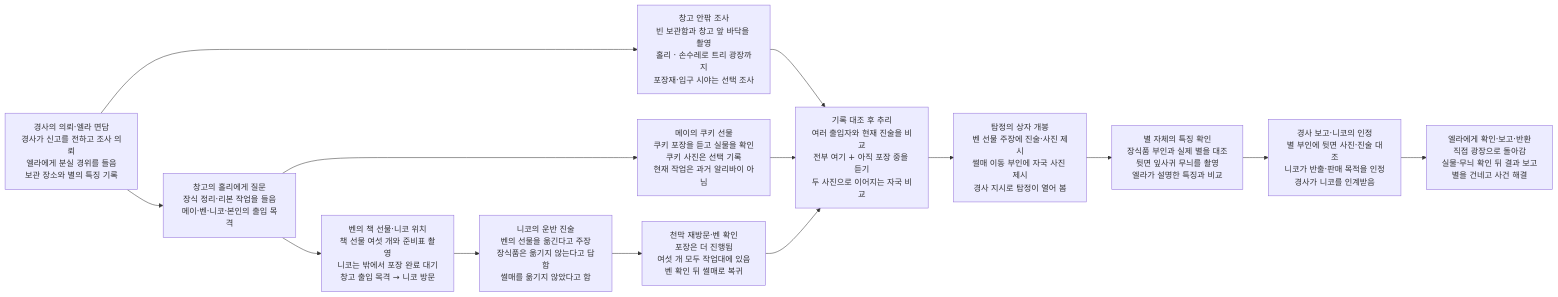
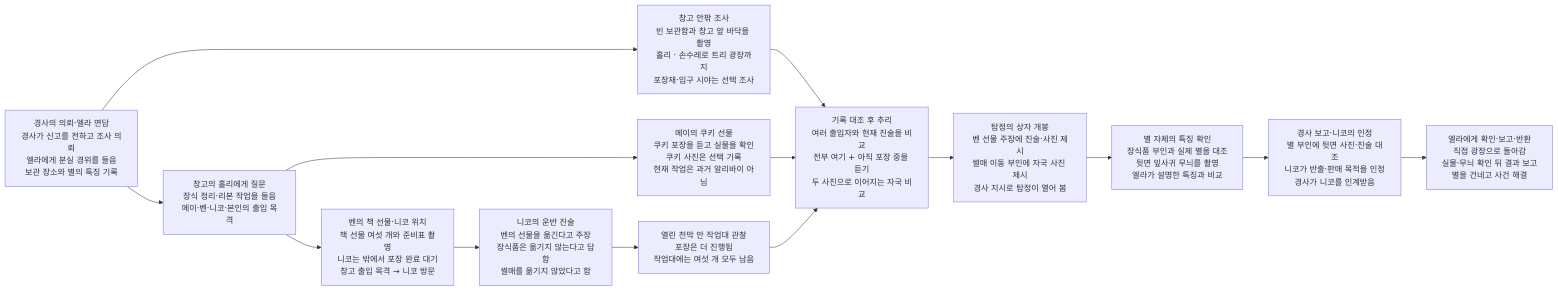
One commit to wonny95/detective-v2 changed the second of 2 diagrams in design/case-10-christmas-star.md. Above: the diagram before and after it, drawn with Mermaid. The commit also changed other lines of this file and 6 other files, not shown here.

````diff
--- a/design/case-10-christmas-star.md
+++ b/design/case-10-christmas-star.md
@@ -47,28 +47,28 @@
 ```mermaid
 flowchart LR
     s1["경사의 의뢰·엘라 면담<br/>경사가 신고를 전하고 조사 의뢰<br/>엘라에게 분실 경위를 들음<br/>보관 장소와 별의 특징 기록"]
     s2["창고의 홀리에게 질문<br/>장식 정리·리본 작업을 들음<br/>메이·벤·니코·본인의 출입 목격"]
     s3["창고 안팎 조사<br/>빈 보관함과 창고 앞 바닥을 촬영<br/>홀리 · 손수레로 트리 광장까지<br/>포장재·입구 시야는 선택 조사"]
     s4["메이의 쿠키 선물<br/>쿠키 포장을 듣고 실물을 확인<br/>쿠키 사진은 선택 기록<br/>현재 작업은 과거 알리바이 아님"]
     s5["벤의 책 선물·니코 위치<br/>책 선물 여섯 개와 준비표 촬영<br/>니코는 밖에서 포장 완료 대기<br/>창고 출입 목격 → 니코 방문"]
     s6["니코의 운반 진술<br/>벤의 선물을 옮긴다고 주장<br/>장식품은 옮기지 않는다고 답함<br/>썰매를 옮기지 않았다고 함"]
-    s7["천막 재방문·벤 확인<br/>포장은 더 진행됨<br/>여섯 개 모두 작업대에 있음<br/>벤 확인 뒤 썰매로 복귀"]
+    s7["열린 천막 안 작업대 관찰<br/>포장은 더 진행됨<br/>작업대에는 여섯 개 모두 남음"]
     s8["기록 대조 후 추리<br/>여러 출입자와 현재 진술을 비교<br/>전부 여기 + 아직 포장 중을 듣기<br/>두 사진으로 이어지는 자국 비교"]
     s9["탐정의 상자 개봉<br/>벤 선물 주장에 진술·사진 제시<br/>썰매 이동 부인에 자국 사진 제시<br/>경사 지시로 탐정이 열어 봄"]
     s10["별 자체의 특징 확인<br/>장식품 부인과 실제 별을 대조<br/>뒷면 잎사귀 무늬를 촬영<br/>엘라가 설명한 특징과 비교"]
     s11["경사 보고·니코의 인정<br/>별 부인에 뒷면 사진·진술 대조<br/>니코가 반출·판매 목적을 인정<br/>경사가 니코를 인계받음"]
     s12["엘라에게 확인·보고·반환<br/>직접 광장으로 돌아감<br/>실물·무늬 확인 뒤 결과 보고<br/>별을 건네고 사건 해결"]
     s1 --> s2
     s1 --> s3
     s2 --> s4
     s2 --> s5
     s3 --> s8
     s4 --> s8
     s5 --> s6
     s6 --> s7
     s7 --> s8
     s8 --> s9
     s9 --> s10
     s10 --> s11
     s11 --> s12
 ```
````
